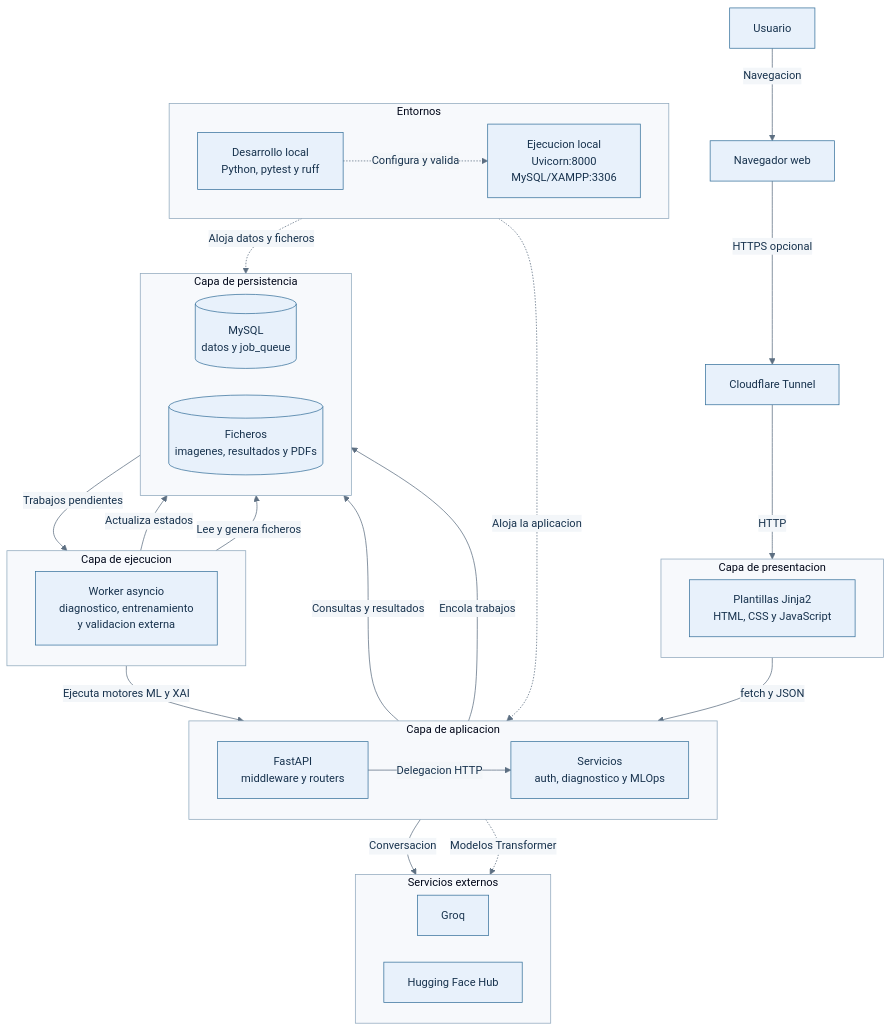
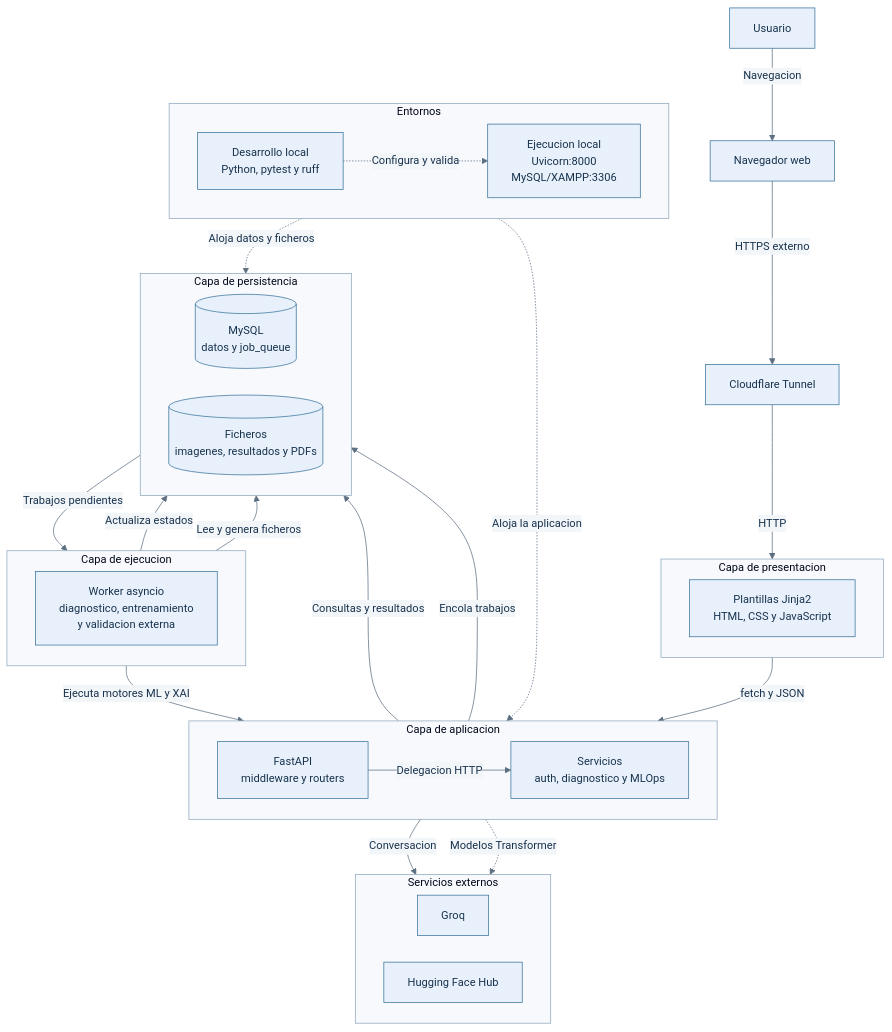
One commit to eLeCe2611/vitalXAI changed the diagram in Documentacion/Capitulo17_Diseno_y_Arquitectura_de_vitalXAI.md. Above: the diagram before and after it, drawn with Mermaid. The commit also changed other lines of this file and 42 other files, not shown here.

````diff
--- a/Documentacion/Capitulo17_Diseno_y_Arquitectura_de_vitalXAI.md
+++ b/Documentacion/Capitulo17_Diseno_y_Arquitectura_de_vitalXAI.md
@@ -57,56 +57,56 @@
 ```mermaid
 %%{init: {"theme": "base", "themeVariables": {"fontFamily": "Arial, sans-serif", "fontSize": "15px", "primaryColor": "#e8f1fb", "primaryTextColor": "#17324d", "primaryBorderColor": "#39739d", "lineColor": "#5d6f82", "secondaryColor": "#f3f6f9", "tertiaryColor": "#fff8e6", "clusterBkg": "#f7f9fc", "clusterBorder": "#8fa8bd"}, "flowchart": {"nodeSpacing": 36, "rankSpacing": 52, "padding": 16, "curve": "basis"}}}%%
 flowchart TB
     U[Usuario] -->|Navegacion| B[Navegador web]
-    B -->|HTTPS opcional| T[Cloudflare Tunnel]
+    B -->|HTTPS externo| T[Cloudflare Tunnel]
 
     subgraph PRESENTACION[Capa de presentacion]
         direction LR
         UI[Plantillas Jinja2<br/>HTML, CSS y JavaScript]
     end
 
     subgraph APLICACION[Capa de aplicacion]
         direction LR
         API[FastAPI<br/>middleware y routers]
         S[Servicios<br/>auth, diagnostico y MLOps]
         API -->|Delegacion HTTP| S
     end
 
     subgraph EJECUCION[Capa de ejecucion]
         direction LR
         W[Worker asyncio<br/>diagnostico, entrenamiento<br/>y validacion externa]
     end
 
     subgraph PERSISTENCIA[Capa de persistencia]
         direction LR
         DB[(MySQL<br/>datos y job_queue)]
         FS[(Ficheros<br/>imagenes, resultados y PDFs)]
     end
 
     subgraph EXTERNOS[Servicios externos]
         direction LR
         G[Groq]
         H[Hugging Face Hub]
     end
 
     T -->|HTTP| UI
     UI -->|fetch y JSON| API
     S -->|Consultas y resultados| DB
     S -->|Encola trabajos| DB
     DB -->|Trabajos pendientes| W
     W -->|Actualiza estados| DB
     W -->|Lee y genera ficheros| FS
     W -->|Ejecuta motores ML y XAI| S
     S -->|Conversacion| G
     S -.->|Modelos Transformer| H
 
     subgraph ENTORNOS[Entornos]
         direction LR
         DEV[Desarrollo local<br/>Python, pytest y ruff]
         RUN[Ejecucion local<br/>Uvicorn:8000<br/>MySQL/XAMPP:3306]
         DEV -.->|Configura y valida| RUN
     end
 
     RUN -.->|Aloja la aplicacion| API
     RUN -.->|Aloja datos y ficheros| PERSISTENCIA
 ```
````
